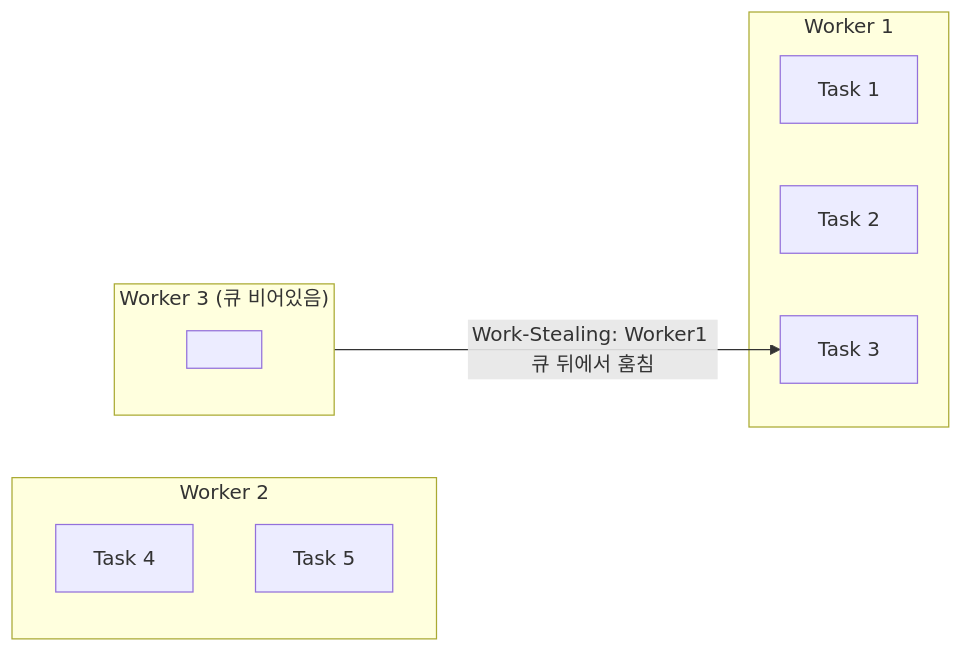
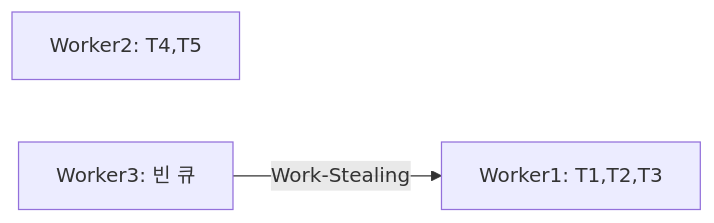
The eighth of 17 diagrams in _posts/java/2026-05-01-java-thread.md (yjkim2015/yjkim2015.github.io), drawn with Mermaid before and after one commit. The commit also changed other lines of this file and 215 other files, not shown here.

First line of the commit message:
신규 포스트 10개 추가 + Mermaid 전면 축소 + SystemDesign 시리즈 보강

````diff
--- a/_posts/java/2026-05-01-java-thread.md
+++ b/_posts/java/2026-05-01-java-thread.md
@@ -939,16 +903,7 @@
 ```mermaid
 graph LR
-  subgraph W1["Worker 1"]
-    T1[Task 1]
-    T2[Task 2]
-    T3[Task 3]
-  end
-  subgraph W2["Worker 2"]
-    T4[Task 4]
-    T5[Task 5]
-  end
-  subgraph W3["Worker 3 (큐 비어있음)"]
-    EMPTY[" "]
-  end
-  W3 -->|"Work-Stealing: Worker1 큐 뒤에서 훔침"| T3
+  W1["Worker1: T1,T2,T3"]
+  W2["Worker2: T4,T5"]
+  W3["Worker3: 빈 큐"]
+  W3 -->|"Work-Stealing"| W1
 ```
````
